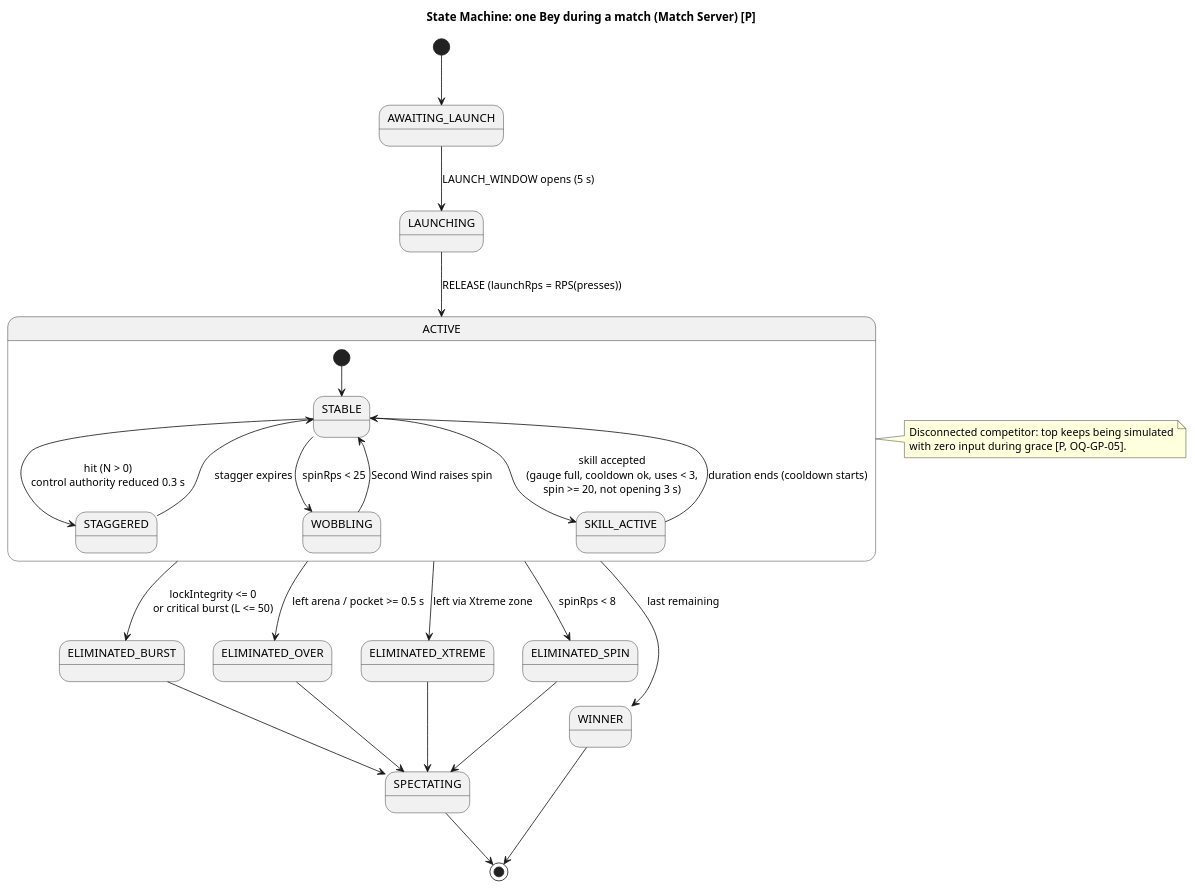
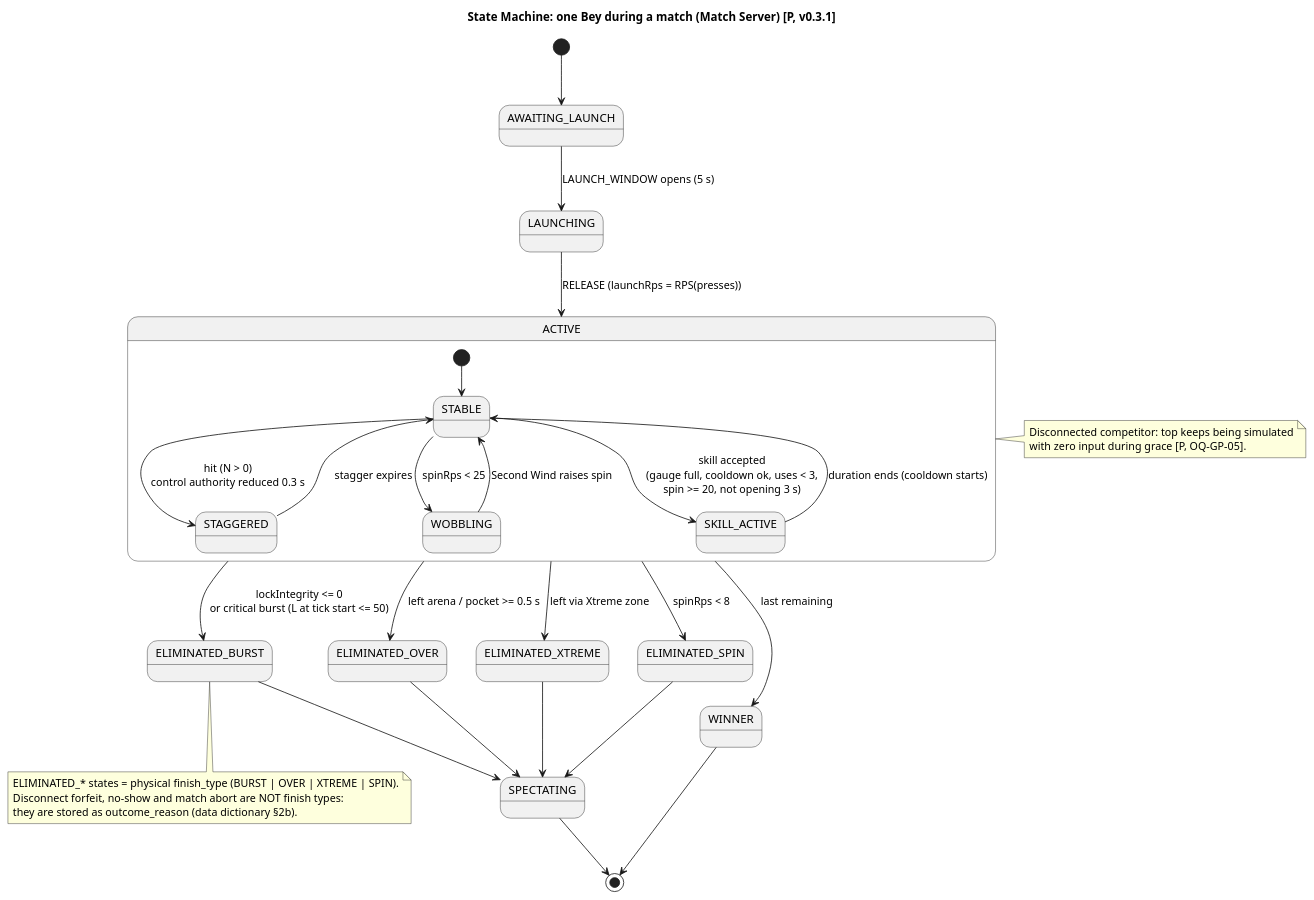
The diagram in docs/02-uml/state-bey-combat.puml (houcine212-hub/Bayblade_Sesytem), drawn with PlantUML before and after one commit. The commit also changed 55 other files, not shown here.

```diff
--- a/docs/02-uml/state-bey-combat.puml
+++ b/docs/02-uml/state-bey-combat.puml
@@ -1,30 +1,35 @@
 @startuml state-bey-combat
-title State Machine: one Bey during a match (Match Server) [P]
+title State Machine: one Bey during a match (Match Server) [P, v0.3.1]
 [*] --> AWAITING_LAUNCH
 AWAITING_LAUNCH --> LAUNCHING : LAUNCH_WINDOW opens (5 s)
 LAUNCHING --> ACTIVE : RELEASE (launchRps = RPS(presses))
 state ACTIVE {
   [*] --> STABLE
   STABLE --> STAGGERED : hit (N > 0)\ncontrol authority reduced 0.3 s
   STAGGERED --> STABLE : stagger expires
   STABLE --> WOBBLING : spinRps < 25
   WOBBLING --> STABLE : Second Wind raises spin
   STABLE --> SKILL_ACTIVE : skill accepted\n(gauge full, cooldown ok, uses < 3,\nspin >= 20, not opening 3 s)
   SKILL_ACTIVE --> STABLE : duration ends (cooldown starts)
 }
-ACTIVE --> ELIMINATED_BURST : lockIntegrity <= 0\nor critical burst (L <= 50)
+ACTIVE --> ELIMINATED_BURST : lockIntegrity <= 0\nor critical burst (L at tick start <= 50)
 ACTIVE --> ELIMINATED_OVER : left arena / pocket >= 0.5 s
 ACTIVE --> ELIMINATED_XTREME : left via Xtreme zone
 ACTIVE --> ELIMINATED_SPIN : spinRps < 8
 ACTIVE --> WINNER : last remaining
 ELIMINATED_BURST --> SPECTATING
 ELIMINATED_OVER --> SPECTATING
 ELIMINATED_XTREME --> SPECTATING
 ELIMINATED_SPIN --> SPECTATING
 SPECTATING --> [*]
+note bottom of ELIMINATED_BURST
+  ELIMINATED_* states = physical finish_type (BURST | OVER | XTREME | SPIN).
+  Disconnect forfeit, no-show and match abort are NOT finish types:
+  they are stored as outcome_reason (data dictionary §2b).
+end note
 WINNER --> [*]
 note right of ACTIVE
   Disconnected competitor: top keeps being simulated
   with zero input during grace [P, OQ-GP-05].
 end note
 @enduml
```
